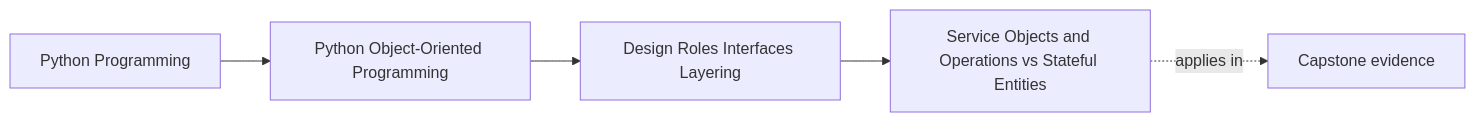
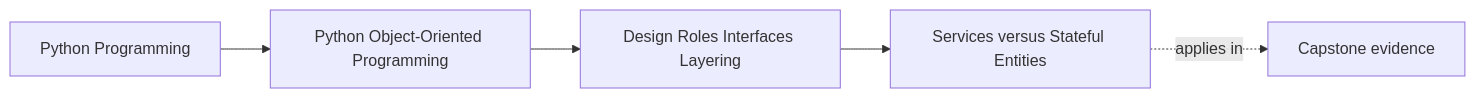
The first of 2 diagrams in programs/python-programming/python-object-oriented-programming/course-book/module-02-design-roles-interfaces-layering/services-versus-stateful-entities.md (bijux/bijux-masterclass), drawn with Mermaid before and after one commit. The commit also changed other lines of this file, not shown here.

Commit message:
docs(oop): separate service coordination from entity authority

````diff
--- a/programs/python-programming/python-object-oriented-programming/course-book/module-02-design-roles-interfaces-layering/services-versus-stateful-entities.md
+++ b/programs/python-programming/python-object-oriented-programming/course-book/module-02-design-roles-interfaces-layering/services-versus-stateful-entities.md
@@ -7,11 +6,11 @@
 ```mermaid
 graph LR
   family["Python Programming"]
   program["Python Object-Oriented Programming"]
   section["Design Roles Interfaces Layering"]
-  page["Service Objects and Operations vs Stateful Entities"]
+  page["Services versus Stateful Entities"]
   capstone["Capstone evidence"]
 
   family --> program --> section --> page
   page -.applies in.-> capstone
 ```
````
